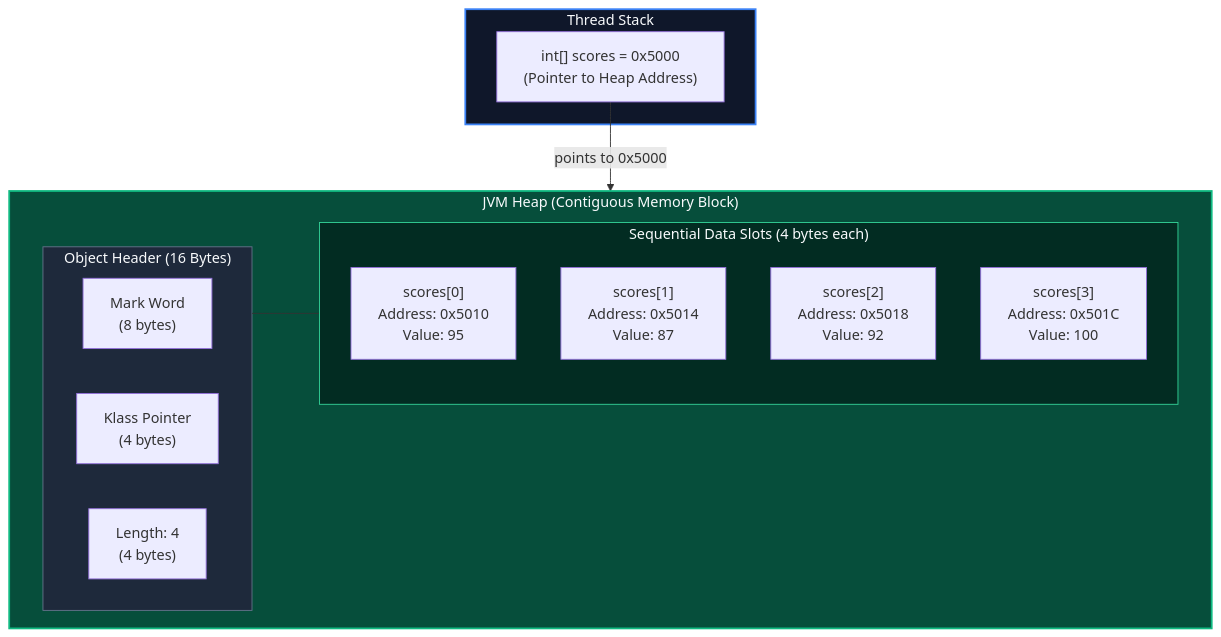
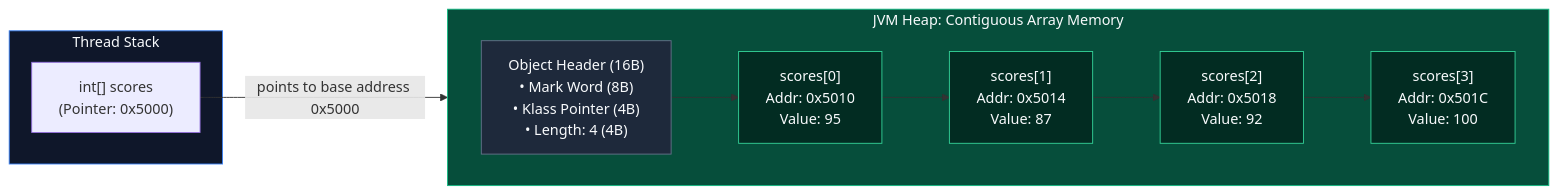
The first of 3 diagrams in content/roadmap/level-0/arrays-2d-matrices.md (ravishankar2463/java_hub), drawn with Mermaid before and after one commit. The commit also changed other lines of this file, not shown here.

Commit message:
fix(level-0): replace raw LaTeX formulas and fix memory layout diagram in arrays

````diff
--- a/content/roadmap/level-0/arrays-2d-matrices.md
+++ b/content/roadmap/level-0/arrays-2d-matrices.md
@@ -24,29 +24,27 @@
 ```mermaid
-flowchart TD
-    subgraph StackFrame ["Thread Stack"]
-        Ref["int[] scores = 0x5000<br/>(Pointer to Heap Address)"]
+flowchart LR
+    subgraph Stack ["Thread Stack"]
+        Ref["int[] scores<br/>(Pointer: 0x5000)"]
     end
 
-    subgraph HeapMemory ["JVM Heap (Contiguous Memory Block)"]
+    subgraph Heap ["JVM Heap: Contiguous Array Memory"]
         direction LR
-        subgraph Header ["Object Header (16 Bytes)"]
-            MW["Mark Word<br/>(8 bytes)"]
-            KW["Klass Pointer<br/>(4 bytes)"]
-            AL["Length: 4<br/>(4 bytes)"]
-        end
-        subgraph Elements ["Sequential Data Slots (4 bytes each)"]
-            E0["scores[0]<br/>Address: 0x5010<br/>Value: 95"]
-            E1["scores[1]<br/>Address: 0x5014<br/>Value: 87"]
-            E2["scores[2]<br/>Address: 0x5018<br/>Value: 92"]
-            E3["scores[3]<br/>Address: 0x501C<br/>Value: 100"]
-        end
-        Header --- Elements
+        H1["Object Header (16B)<br/>• Mark Word (8B)<br/>• Klass Pointer (4B)<br/>• Length: 4 (4B)"]
+        E0["scores[0]<br/>Addr: 0x5010<br/>Value: 95"]
+        E1["scores[1]<br/>Addr: 0x5014<br/>Value: 87"]
+        E2["scores[2]<br/>Addr: 0x5018<br/>Value: 92"]
+        E3["scores[3]<br/>Addr: 0x501C<br/>Value: 100"]
+
+        H1 --> E0 --> E1 --> E2 --> E3
     end
 
-    Ref -->|"points to 0x5000"| MW
+    Ref -->|"points to base address 0x5000"| H1
 
-    style StackFrame fill:#0f172a,stroke:#3b82f6,stroke-width:2px,color:#f8fafc
-    style HeapMemory fill:#064e3b,stroke:#10b981,stroke-width:2px,color:#f8fafc
-    style Header fill:#1e293b,stroke:#64748b,color:#f8fafc
-    style Elements fill:#022c22,stroke:#34d399,color:#f8fafc
+    style Stack fill:#0f172a,stroke:#3b82f6,color:#f8fafc
+    style Heap fill:#064e3b,stroke:#10b981,color:#f8fafc
+    style H1 fill:#1e293b,stroke:#64748b,color:#f8fafc
+    style E0 fill:#022c22,stroke:#34d399,color:#f8fafc
+    style E1 fill:#022c22,stroke:#34d399,color:#f8fafc
+    style E2 fill:#022c22,stroke:#34d399,color:#f8fafc
+    style E3 fill:#022c22,stroke:#34d399,color:#f8fafc
 ```
````
